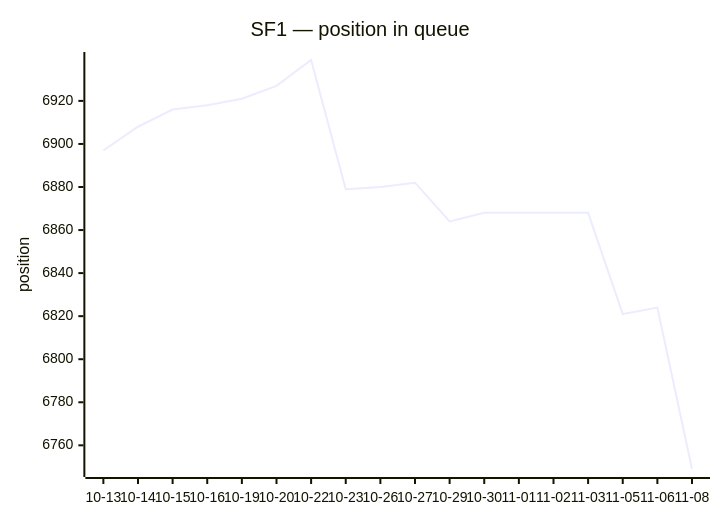
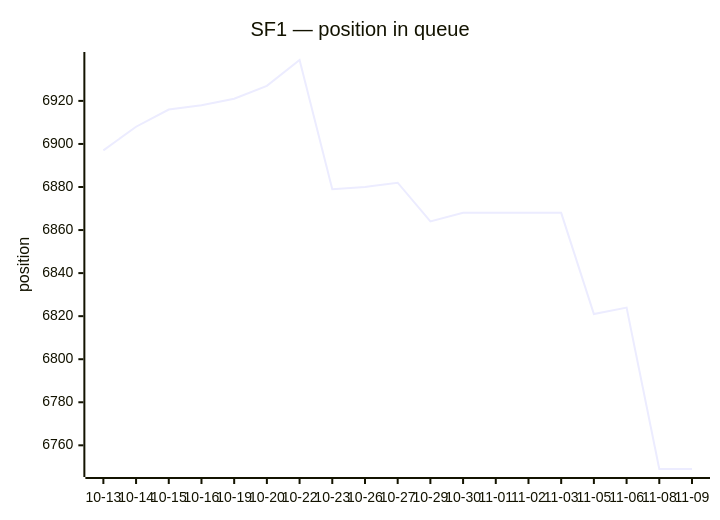
Before and after one commit to thyarles/thyarles: the first of 2 diagrams in queue/README.md, drawn with Mermaid. The commit also changed other lines of this file and 1 other file, not shown here.

````diff
--- a/queue/README.md
+++ b/queue/README.md
@@ -20,7 +20,7 @@
 ```mermaid
 xychart-beta
   title "SF1 — position in queue"
-  x-axis ["10-13", "10-14", "10-15", "10-16", "10-19", "10-20", "10-22", "10-23", "10-26", "10-27", "10-29", "10-30", "11-01", "11-02", "11-03", "11-05", "11-06", "11-08"]
+  x-axis ["10-13", "10-14", "10-15", "10-16", "10-19", "10-20", "10-22", "10-23", "10-26", "10-27", "10-29", "10-30", "11-01", "11-02", "11-03", "11-05", "11-06", "11-08", "11-09"]
   y-axis "position"
-  line [6897, 6908, 6916, 6918, 6921, 6927, 6939, 6879, 6880, 6882, 6864, 6868, 6868, 6868, 6868, 6821, 6824, 6749]
+  line [6897, 6908, 6916, 6918, 6921, 6927, 6939, 6879, 6880, 6882, 6864, 6868, 6868, 6868, 6868, 6821, 6824, 6749, 6749]
 ```
````
